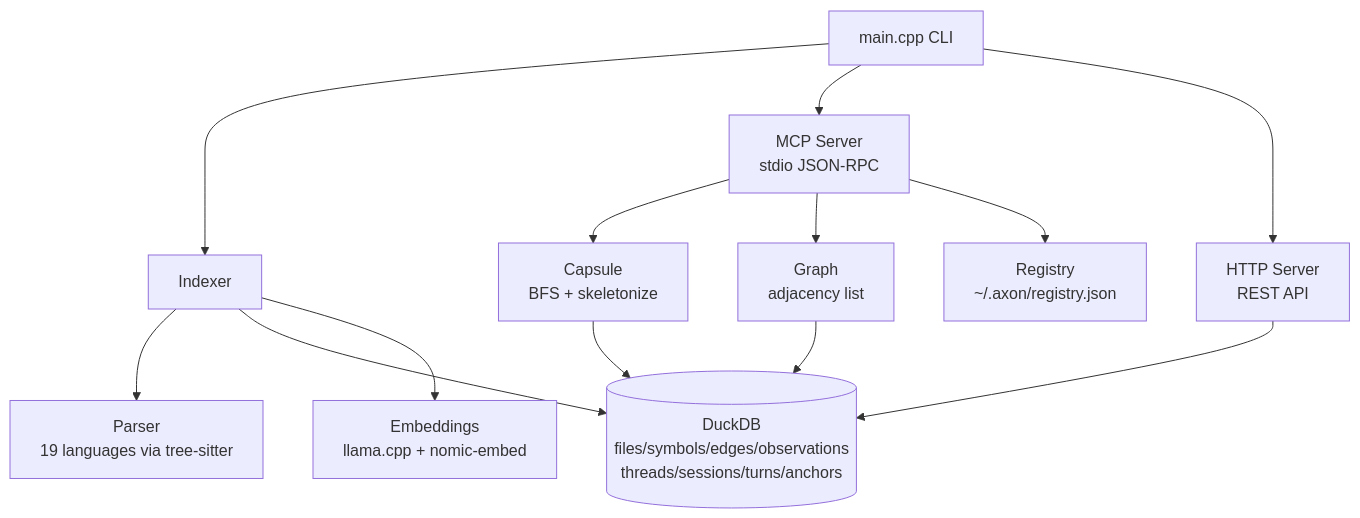
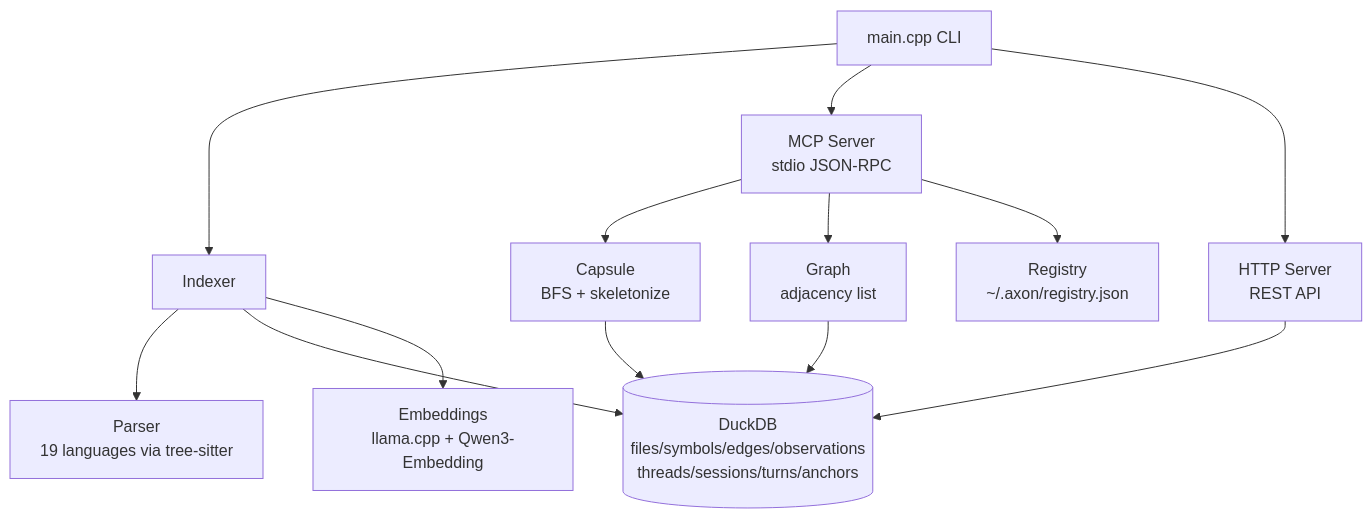
Before and after one commit to HideakiSolutions/axon: the second of 2 diagrams in README.md, drawn with Mermaid. The commit also changed other lines of this file and 8 other files, not shown here.

Commit message:
docs,ci: default model Qwen3-Embedding, dense/get_symbol docs, installers pin SHA-256

````diff
--- a/README.md
+++ b/README.md
@@ -628,15 +631,15 @@
 ```mermaid
 graph TD
     CLI[main.cpp CLI] --> IDX[Indexer]
     CLI --> MCP[MCP Server\nstdio JSON-RPC]
     CLI --> HTTP[HTTP Server\nREST API]
     IDX --> PARSER[Parser\n19 languages via tree-sitter]
     IDX --> DB[(DuckDB\nfiles/symbols/edges/observations\nthreads/sessions/turns/anchors)]
-    IDX --> EMB[Embeddings\nllama.cpp + nomic-embed]
+    IDX --> EMB[Embeddings\nllama.cpp + Qwen3-Embedding]
     MCP --> CAPS[Capsule\nBFS + skeletonize]
     MCP --> GRAPH[Graph\nadjacency list]
     MCP --> REG[Registry\n~/.axon/registry.json]
     HTTP --> DB
     CAPS --> DB
     GRAPH --> DB
 ```
````
